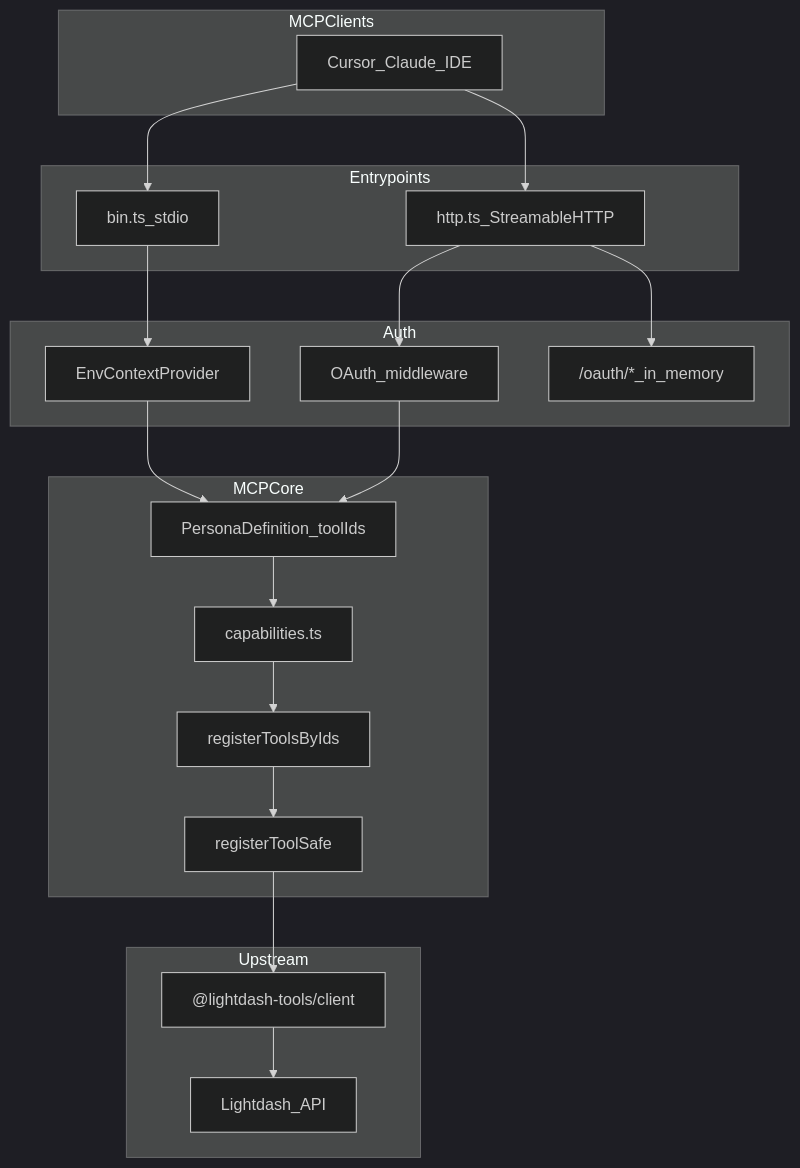
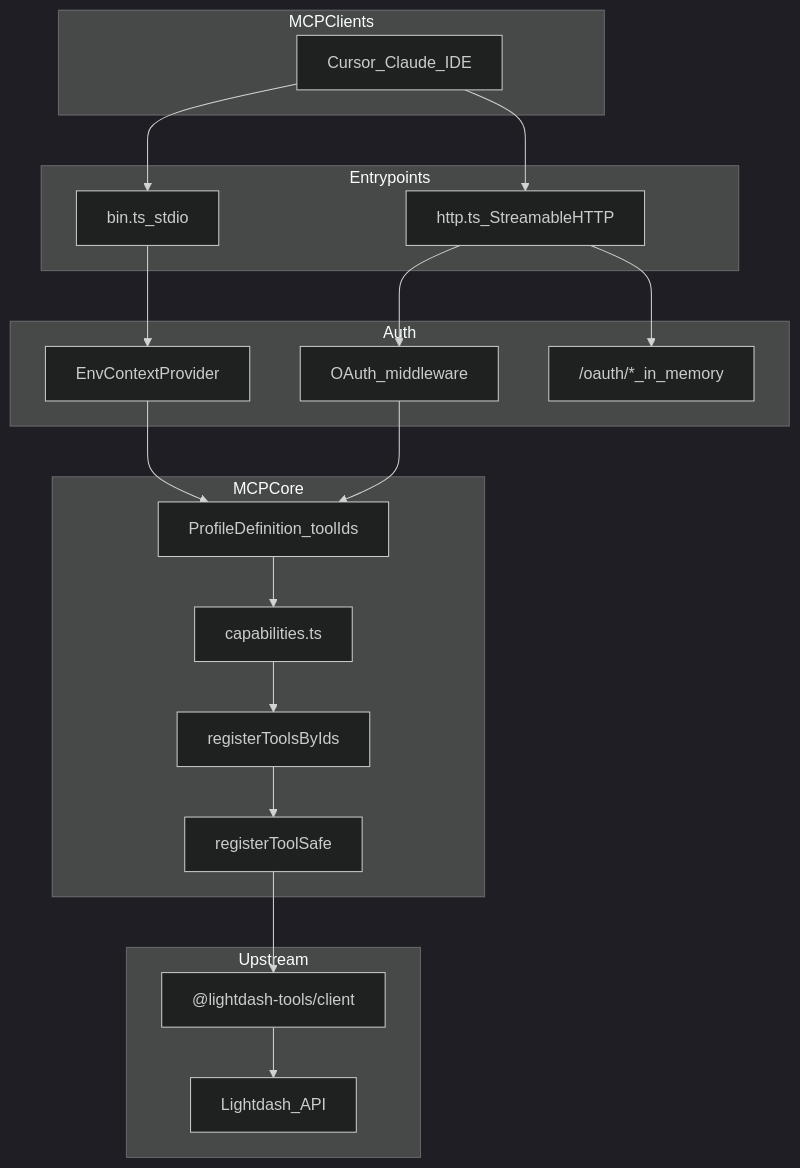
Before and after one commit to yu-iskw/lightdash-tools: the first of 5 diagrams in packages/mcp/CONTRIBUTING.md, drawn with Mermaid (dark theme). The commit also changed other lines of this file and 204 other files, not shown here.

````diff
--- a/packages/mcp/CONTRIBUTING.md
+++ b/packages/mcp/CONTRIBUTING.md
@@ -28,39 +28,39 @@
 ```mermaid
 flowchart TB
   subgraph clients [MCPClients]
     IDE[Cursor_Claude_IDE]
   end
 
   subgraph entry [Entrypoints]
     Bin[bin.ts_stdio]
     Http[http.ts_StreamableHTTP]
   end
 
   subgraph authLayer [Auth]
     PAT[EnvContextProvider]
     OAuthMW[OAuth_middleware]
     OAuthBroker["/oauth/*_in_memory"]
   end
 
   subgraph mcpCore [MCPCore]
-    Persona[PersonaDefinition_toolIds]
+    Profile[ProfileDefinition_toolIds]
     Cap[capabilities.ts]
     Registry[registerToolsByIds]
     Safe[registerToolSafe]
   end
 
   subgraph upstream [Upstream]
     ClientPkg["@lightdash-tools/client"]
     LD[Lightdash_API]
   end
 
   IDE --> Bin
   IDE --> Http
   Bin --> PAT
   Http --> OAuthMW
   Http --> OAuthBroker
-  OAuthMW --> Persona
-  PAT --> Persona
-  Persona --> Cap --> Registry --> Safe
+  OAuthMW --> Profile
+  PAT --> Profile
+  Profile --> Cap --> Registry --> Safe
   Safe --> ClientPkg --> LD
 ```
````
